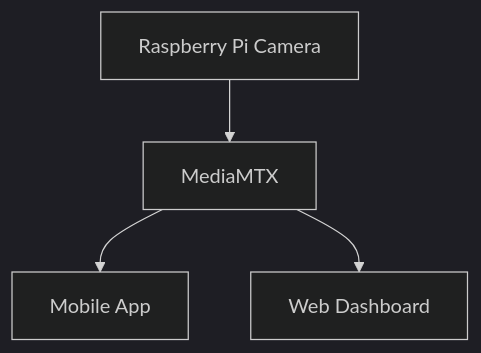
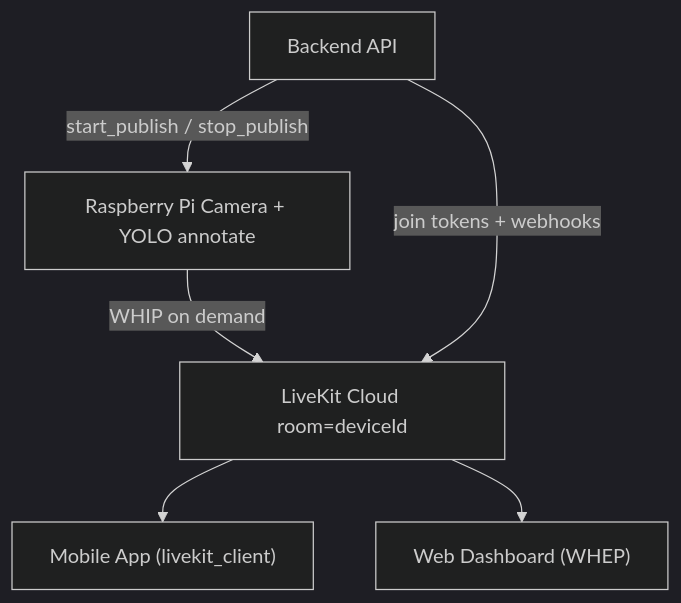
Before and after one commit to vclane/vclane-docs: the diagram in docs/media-server.md, drawn with Mermaid (dark theme). The commit also changed other lines of this file and 9 other files, not shown here.

Commit message:
docs: LiveKit Cloud for live video with RTSP kept for backward compat (2.11.0)

````diff
--- a/docs/media-server.md
+++ b/docs/media-server.md
@@ -32,6 +35,8 @@
 ``` mermaid
 graph TD
-    RPi["Raspberry Pi Camera"] --> MediaMTX
-    MediaMTX --> Mobile["Mobile App"]
-    MediaMTX --> Web["Web Dashboard"]
+    RPi["Raspberry Pi Camera + YOLO annotate"] -->|WHIP on demand| LiveKit["LiveKit Cloud room=deviceId"]
+    LiveKit --> Mobile["Mobile App (livekit_client)"]
+    LiveKit --> Web["Web Dashboard (WHEP)"]
+    Backend["Backend API"] -->|join tokens + webhooks| LiveKit
+    Backend -->|"start_publish / stop_publish"| RPi
 ```
````
